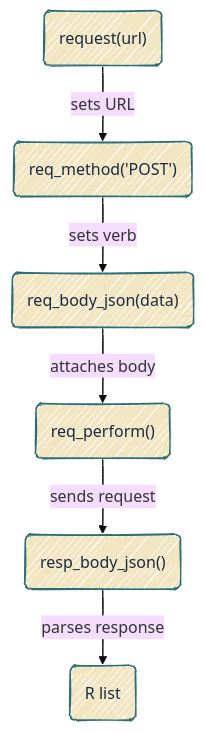
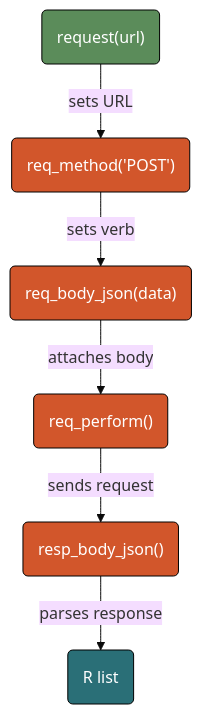
One commit to mjfrigaard/do4ds-labs changed the sixth of 7 diagrams in plumber2.qmd. Above: the diagram before and after it, drawn with Mermaid. The commit also changed other lines of this file and 48 other files, not shown here.

````diff
--- a/plumber2.qmd
+++ b/plumber2.qmd
@@ -1032,13 +1053,18 @@
 ```{mermaid}
 %%| fig-width: 7.0
-%%| fig-align: center
-%%{init: {'theme': 'base', 'look': 'handDrawn', 'themeVariables': {'fontFamily': 'monospace'}}}%%
+%%| fig-align: 'center'
+%%{init: {'theme': 'base', 'themeVariables': {'fontFamily': 'monospace'}}}%%
 
 graph TD
     ReqObj("request(url)") -->|"sets URL"| MethObj
     MethObj("req_method('POST')") -->|"sets verb"| BodyObj
     BodyObj("req_body_json(data)") -->|"attaches body"| PerfObj
     PerfObj("req_perform()") -->|"sends request"| RespObj
     RespObj("resp_body_json()") -->|"parses response"| Result("R list")
-    classDef default fill:#F2E6C2,stroke:#2A6F77,color:#1B2A41
+    style ReqObj fill:#5B8C5A,stroke:#000000,stroke-width:1px,color:#ffffff
+    style MethObj fill:#D2562B,stroke:#000000,stroke-width:1px,color:#ffffff
+    style BodyObj fill:#D2562B,stroke:#000000,stroke-width:1px,color:#ffffff
+    style PerfObj fill:#D2562B,stroke:#000000,stroke-width:1px,color:#ffffff
+    style RespObj fill:#D2562B,stroke:#000000,stroke-width:1px,color:#ffffff
+    style Result fill:#2A6F77,stroke:#000000,stroke-width:1px,color:#ffffff
 ```
````
